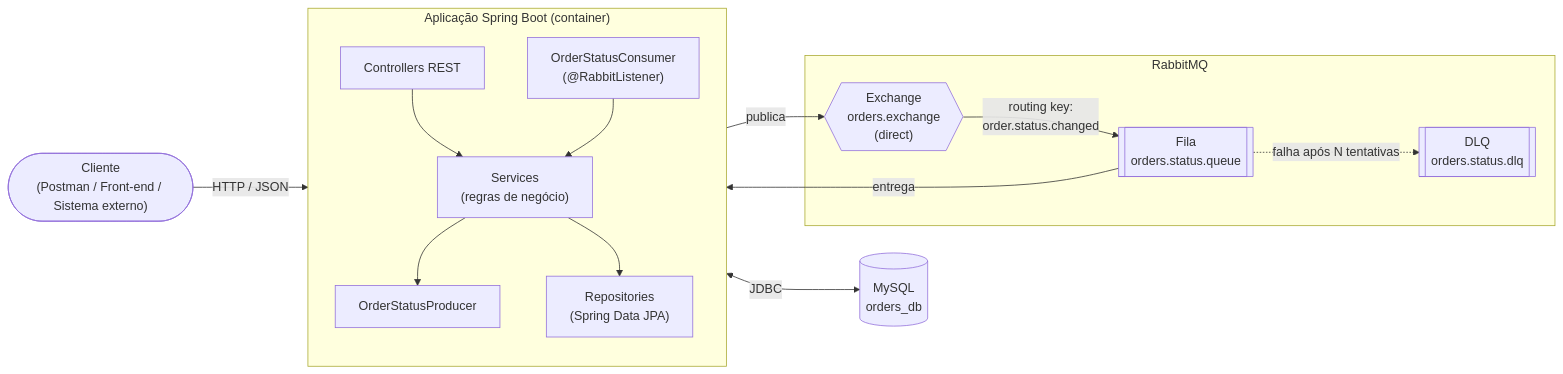
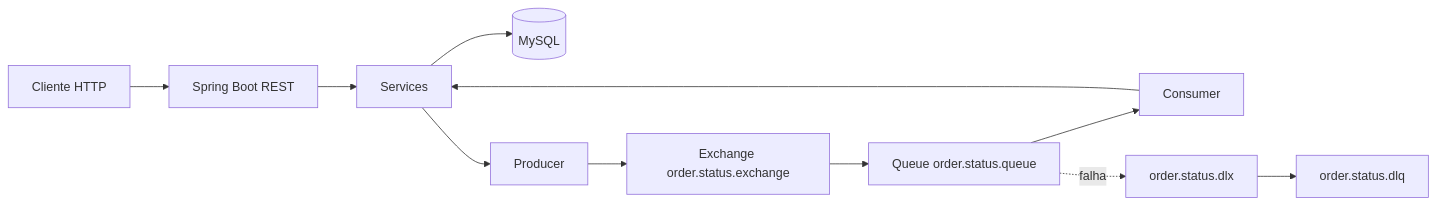
The diagram in README.md (HenriqueGSena/order-flow), drawn with Mermaid before and after one commit. The commit also changed other lines of this file, not shown here.

````diff
--- a/README.md
+++ b/README.md
@@ -412,32 +62,13 @@
 ```mermaid
 flowchart LR
-    C(["Cliente<br/>(Postman / Front-end / Sistema externo)"])
-
-    subgraph APP["Aplicação Spring Boot (container)"]
-        direction TB
-        CTRL["Controllers REST"]
-        SVC["Services<br/>(regras de negócio)"]
-        PUB["OrderStatusProducer"]
-        CONS["OrderStatusConsumer<br/>(@RabbitListener)"]
-        REPO["Repositories<br/>(Spring Data JPA)"]
-        CTRL --> SVC
-        SVC --> PUB
-        SVC --> REPO
-        CONS --> SVC
-    end
-
-    subgraph BROKER["RabbitMQ"]
-        EX{{"Exchange<br/>orders.exchange<br/>(direct)"}}
-        Q[["Fila<br/>orders.status.queue"]]
-        DLQ[["DLQ<br/>orders.status.dlq"]]
-        EX -- "routing key:<br/>order.status.changed" --> Q
-        Q -. "falha após N tentativas" .-> DLQ
-    end
-
-    DB[("MySQL<br/>orders_db")]
-
-    C -- "HTTP / JSON" --> CTRL
-    PUB -- "publica" --> EX
-    Q -- "entrega" --> CONS
-    REPO <-- "JDBC" --> DB
+    C[Cliente HTTP] --> API[Spring Boot REST]
+    API --> S[Services]
+    S --> DB[(MySQL)]
+    S --> P[Producer]
+    P --> E[Exchange order.status.exchange]
+    E --> Q[Queue order.status.queue]
+    Q --> K[Consumer]
+    K --> S
+    Q -. falha .-> DLX[order.status.dlx]
+    DLX --> DLQ[order.status.dlq]
 ```
````
